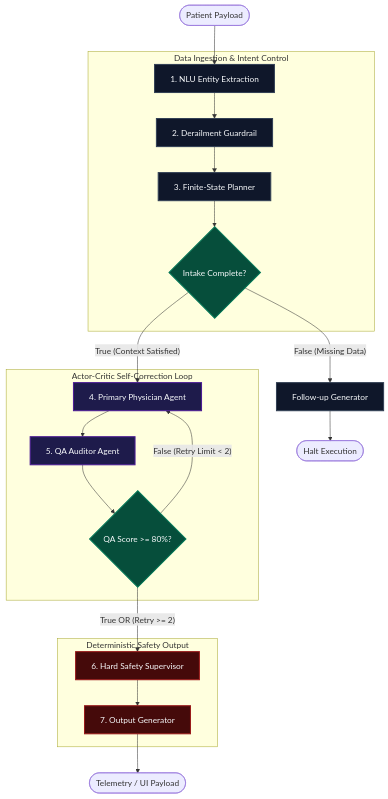
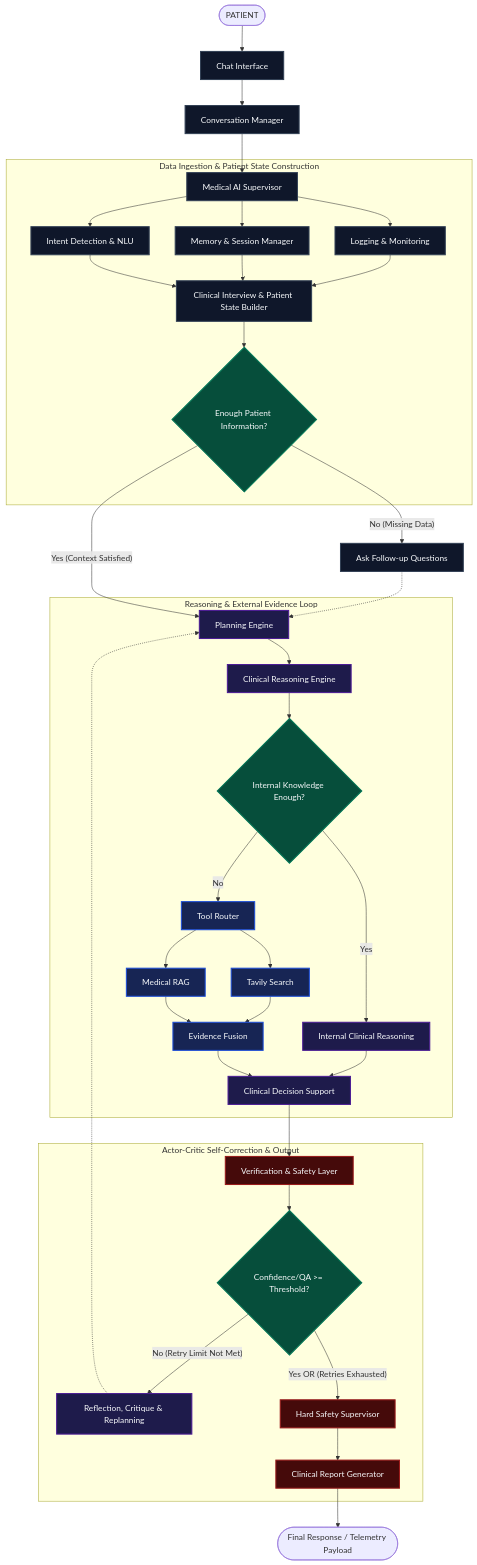
One commit to Maziar-0077/Medical-Agent changed the diagram in README.md. Above: the diagram before and after it, drawn with Mermaid.

Commit message:
Update README explanation

````diff
--- a/README.md
+++ b/README.md
@@ -56,32 +56,67 @@
 ```mermaid
 graph TD
+    %% Class Definitions
     classDef intake fill:#0f172a,stroke:#334155,stroke-width:2px,color:#f8fafc;
     classDef inference fill:#1e1b4b,stroke:#4c1d95,stroke-width:2px,color:#f8fafc;
     classDef safety fill:#450a0a,stroke:#991b1b,stroke-width:2px,color:#f8fafc;
     classDef routing fill:#064e3b,stroke:#047857,stroke-width:2px,color:#f8fafc;
+    classDef tools fill:#172554,stroke:#1d4ed8,stroke-width:2px,color:#f8fafc;
 
-    User([Patient Payload]) --> NLU
+    User([PATIENT]) --> Chat[Chat Interface]:::intake
+    Chat --> ConvMgr[Conversation Manager]:::intake
+    ConvMgr --> MedSup[Medical AI Supervisor]:::intake
 
-    subgraph Boundary_1 [Data Ingestion & Intent Control]
-        NLU[1. NLU Entity Extraction]:::intake --> Derail[2. Derailment Guardrail]:::intake
-        Derail --> Planner[3. Finite-State Planner]:::intake
-        Planner --> RoutePlanner{Intake Complete?}:::routing
+    %% Boundary 1: Data Ingestion & Intent Control
+    subgraph Boundary_1 [Data Ingestion & Patient State Construction]
+        MedSup --> LogMon[Logging & Monitoring]:::intake
+        MedSup --> MemMgr[Memory & Session Manager]:::intake
+        MedSup --> Intent[Intent Detection & NLU]:::intake
+
+        LogMon --> StateBuilder[Clinical Interview & Patient State Builder]:::intake
+        MemMgr --> StateBuilder
+        Intent --> StateBuilder
+
+        StateBuilder --> RouteInfo{Enough Patient Information?}:::routing
     end
 
-    RoutePlanner -- False (Missing Data) --> FollowUp[Follow-up Generator]:::intake --> Await([Halt Execution])
+    %% Intake Routing & Planning
+    RouteInfo -- No (Missing Data) --> FollowUp[Ask Follow-up Questions]:::intake
+    FollowUp -.-> Planner[Planning Engine]:::inference
+    RouteInfo -- Yes (Context Satisfied) --> Planner
 
-    subgraph Boundary_2 [Actor-Critic Self-Correction Loop]
-        RoutePlanner -- True (Context Satisfied) --> Physician[4. Primary Physician Agent]:::inference
-        Physician --> Auditor[5. QA Auditor Agent]:::inference
-        Auditor --> RouteAudit{QA Score >= 80%?}:::routing
+    %% Boundary 2: Reasoning & Knowledge Verification
+    subgraph Boundary_2 [Reasoning & External Evidence Loop]
+        Planner --> ClinReas[Clinical Reasoning Engine]:::inference
+        
+        ClinReas --> RouteKnow{Internal Knowledge Enough?}:::routing
+        
+        RouteKnow -- Yes --> Reasoning[Internal Clinical Reasoning]:::inference
+        
+        RouteKnow -- No --> ToolRouter[Tool Router]:::tools
+        ToolRouter --> Search[Tavily Search]:::tools
+        ToolRouter --> RAG[Medical RAG]:::tools
+        
+        Search --> Fusion[Evidence Fusion]:::tools
+        RAG --> Fusion
+        
+        Reasoning --> DecisionSupport[Clinical Decision Support]:::inference
+        Fusion --> DecisionSupport
     end
 
-    RouteAudit -- False (Retry Limit < 2) --> Physician
+    %% Boundary 3: Auditing & Deterministic Safety
+    DecisionSupport --> Verification[Verification & Safety Layer]:::safety
 
-    subgraph Boundary_3 [Deterministic Safety Output]
-        RouteAudit -- True OR (Retry >= 2) --> Supervisor[6. Hard Safety Supervisor]:::safety
-        Supervisor --> Final[7. Output Generator]:::safety
+    subgraph Boundary_3 [Actor-Critic Self-Correction & Output]
+        Verification --> RouteConf{Confidence/QA >= Threshold?}:::routing
+        
+        %% Reflection Loop (Actor-Critic)
+        RouteConf -- No (Retry Limit Not Met) --> Reflection[Reflection, Critique & Replanning]:::inference
+        Reflection -.-> Planner
+        
+        %% Deterministic Output
+        RouteConf -- Yes OR (Retries Exhausted) --> HardGate[Hard Safety Supervisor]:::safety
+        HardGate --> ClinReport[Clinical Report Generator]:::safety
     end
 
-    Final --> End([Telemetry / UI Payload])
+    ClinReport --> Final([Final Response / Telemetry Payload])
 ```
````
